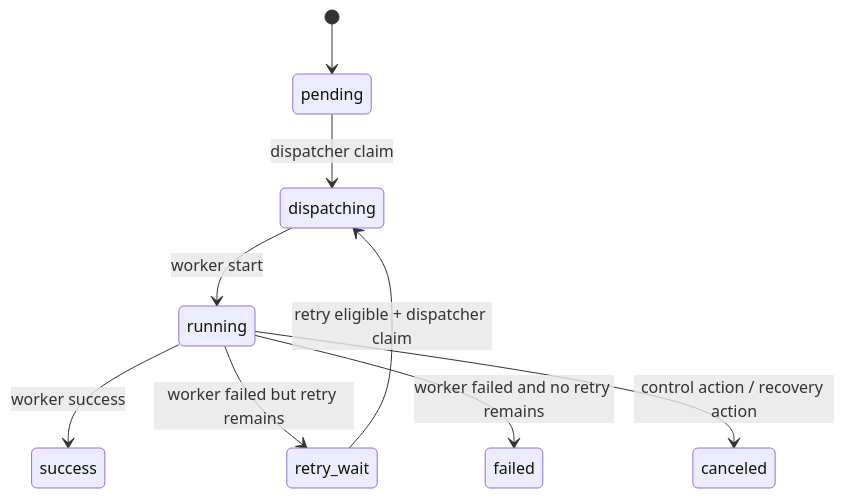
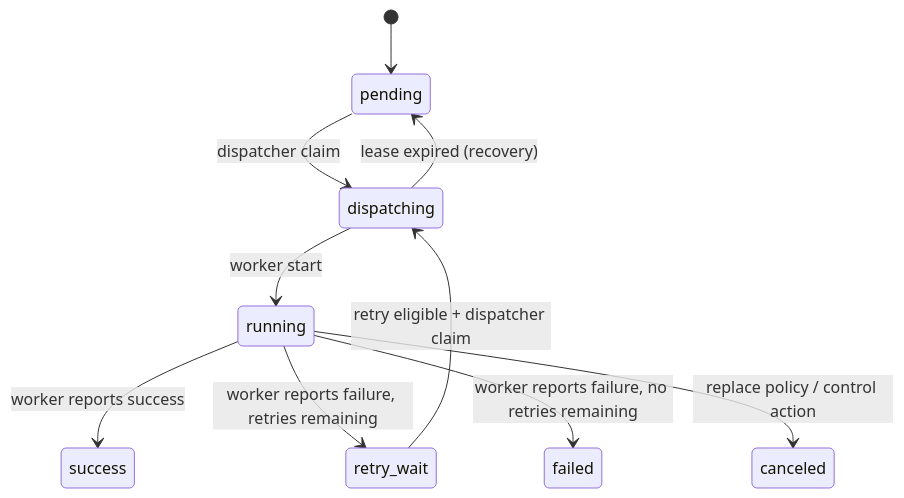
One commit to s3loy/orbitjob changed the second of 2 diagrams in docs/execution-plane.en.md. Above: the diagram before and after it, drawn with Mermaid. The commit also changed other lines of this file and 5 other files, not shown here.

````diff
--- a/docs/execution-plane.en.md
+++ b/docs/execution-plane.en.md
@@ -61,11 +56,12 @@
 ```mermaid
 stateDiagram-v2
     [*] --> pending
     pending --> dispatching: dispatcher claim
     retry_wait --> dispatching: retry eligible + dispatcher claim
     dispatching --> running: worker start
-    running --> success: worker success
-    running --> retry_wait: worker failed but retry remains
-    running --> failed: worker failed and no retry remains
-    running --> canceled: control action / recovery action
+    dispatching --> pending: lease expired (recovery)
+    running --> success: worker reports success
+    running --> retry_wait: worker reports failure, retries remaining
+    running --> failed: worker reports failure, no retries remaining
+    running --> canceled: replace policy / control action
 ```
````
